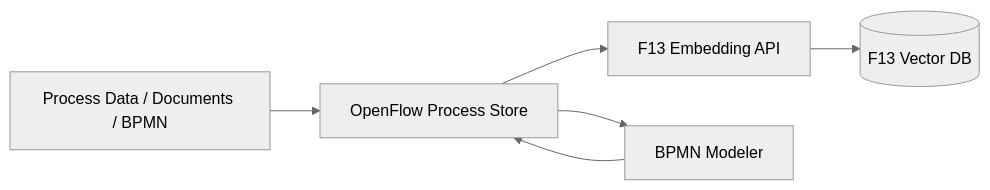
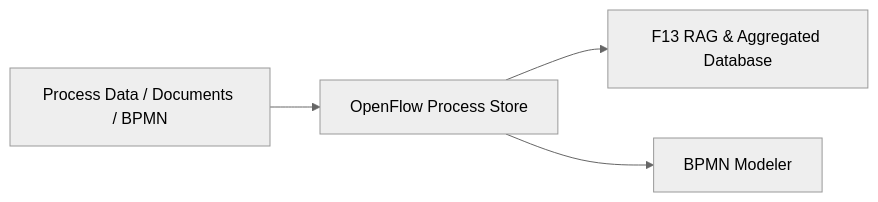
Before and after one commit to vensas/govtech-hackathon-2025-openflow: the first of 4 diagrams in README.md, drawn with Mermaid (neutral theme). The commit also changed other lines of this file and 3 other files, not shown here.

````diff
--- a/README.md
+++ b/README.md
@@ -11,14 +28,11 @@
 ```mermaid
 flowchart LR
     A[Process Data / Documents / BPMN]
     B[OpenFlow Process Store]
-    C[F13 Embedding API]
-    D[(F13 Vector DB)]
+    C[F13 RAG & Aggregated Database]
     E[BPMN Modeler]
 
     A --> B
     B --> C
-    C --> D
-    E --> B
     B --> E
 ```
````
